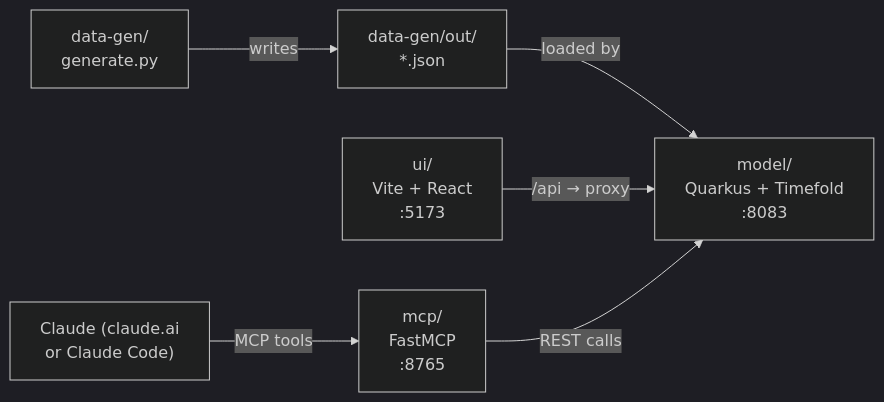
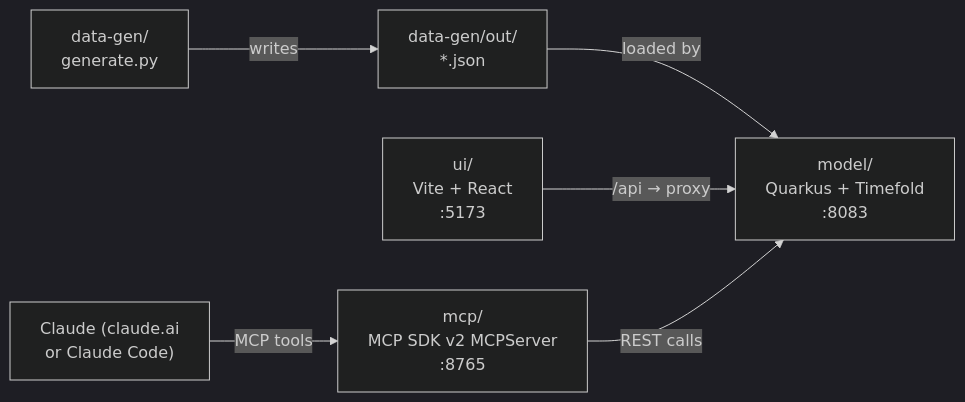
Before and after one commit to neomatrix369/japanese-work-life-balancer: the diagram in README.md, drawn with Mermaid (dark theme). The commit also changed other lines of this file and 1 other file, not shown here.

````diff
--- a/README.md
+++ b/README.md
@@ -18,15 +18,15 @@
 ```mermaid
 flowchart LR
     DG["data-gen/<br/>generate.py"]
     JSON["data-gen/out/<br/>*.json"]
     MODEL["model/<br/>Quarkus + Timefold<br/>:8083"]
     UI["ui/<br/>Vite + React<br/>:5173"]
-    MCP["mcp/<br/>FastMCP<br/>:8765"]
+    MCP["mcp/<br/>MCP SDK v2 MCPServer<br/>:8765"]
     CLAUDE["Claude (claude.ai<br/>or Claude Code)"]
 
     DG -->|writes| JSON
     JSON -->|loaded by| MODEL
     UI -->|"/api → proxy"| MODEL
     MCP -->|"REST calls"| MODEL
     CLAUDE -->|"MCP tools"| MCP
 ```
````
